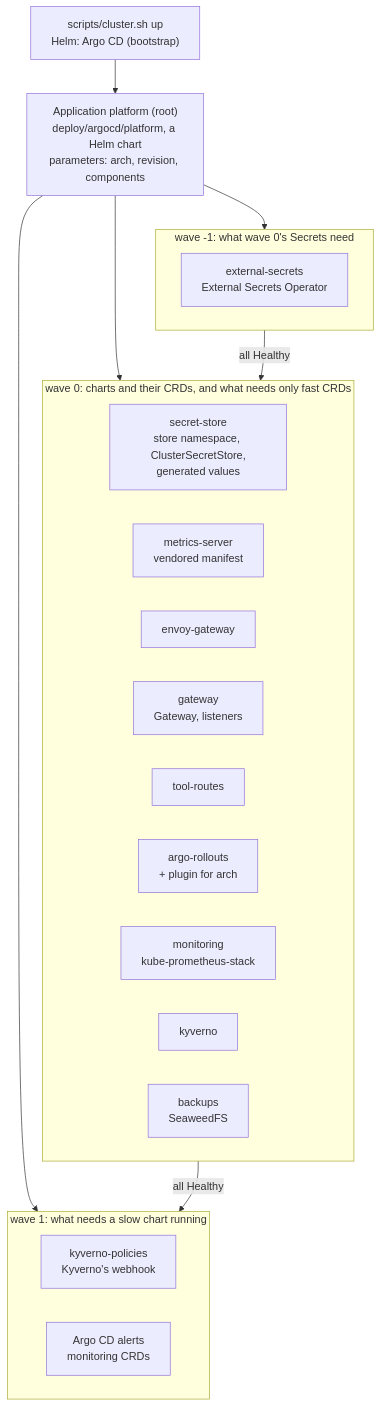
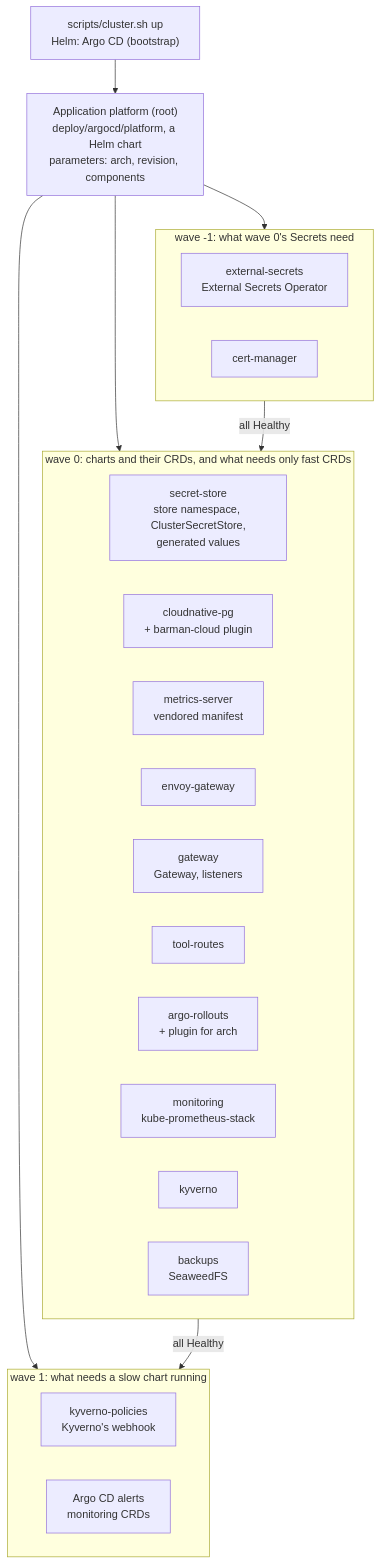
Before and after one commit to easypeasyops/links: the tenth of 10 diagrams in docs/DESIGN.md, drawn with Mermaid. The commit also changed other lines of this file and 3 other files, not shown here.

First line of the commit message:
platform.lock: CloudNativePG, the Barman Cloud plugin and the chart's database (platform 4.2) (#112)

````diff
--- a/docs/DESIGN.md
+++ b/docs/DESIGN.md
@@ -895,30 +895,32 @@
 ```mermaid
 flowchart TB
   CS["scripts/cluster.sh up<br/>Helm: Argo CD (bootstrap)"] --> Root
   Root["Application platform (root)<br/>deploy/argocd/platform, a Helm chart<br/>parameters: arch, revision, components"]
   Root --> WB
   Root --> W0
   Root --> W1
   subgraph WB["wave -1: what wave 0's Secrets need"]
     ES[external-secrets<br/>External Secrets Operator]
+    CM[cert-manager]
   end
   subgraph W0["wave 0: charts and their CRDs, and what needs only fast CRDs"]
     direction LR
     SS[secret-store<br/>store namespace, ClusterSecretStore,<br/>generated values]
+    PG[cloudnative-pg<br/>+ barman-cloud plugin]
     MS[metrics-server<br/>vendored manifest]
     EG[envoy-gateway]
     GW[gateway<br/>Gateway, listeners]
     TR[tool-routes]
     AR[argo-rollouts<br/>+ plugin for arch]
     KPS[monitoring<br/>kube-prometheus-stack]
     KY[kyverno]
     BK[backups<br/>SeaweedFS]
   end
   subgraph W1["wave 1: what needs a slow chart running"]
     direction LR
     KP[kyverno-policies<br/>Kyverno's webhook]
     AM[Argo CD alerts<br/>monitoring CRDs]
   end
   WB -->|"all Healthy"| W0
   W0 -->|"all Healthy"| W1
 ```
````
